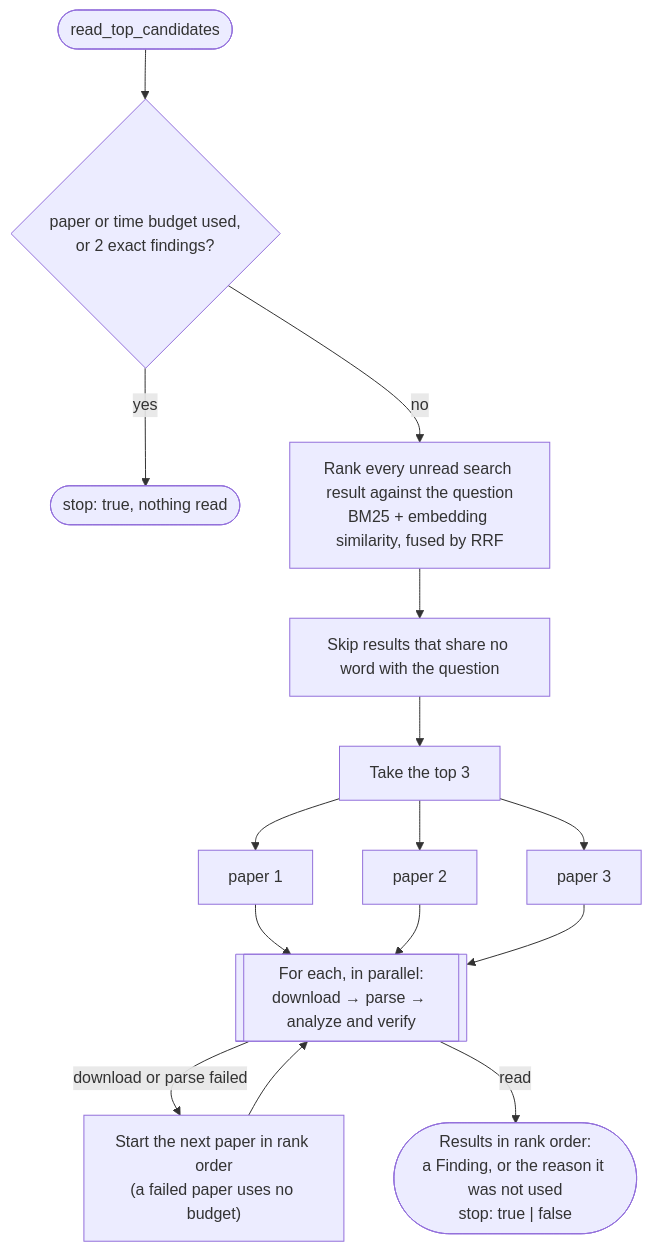
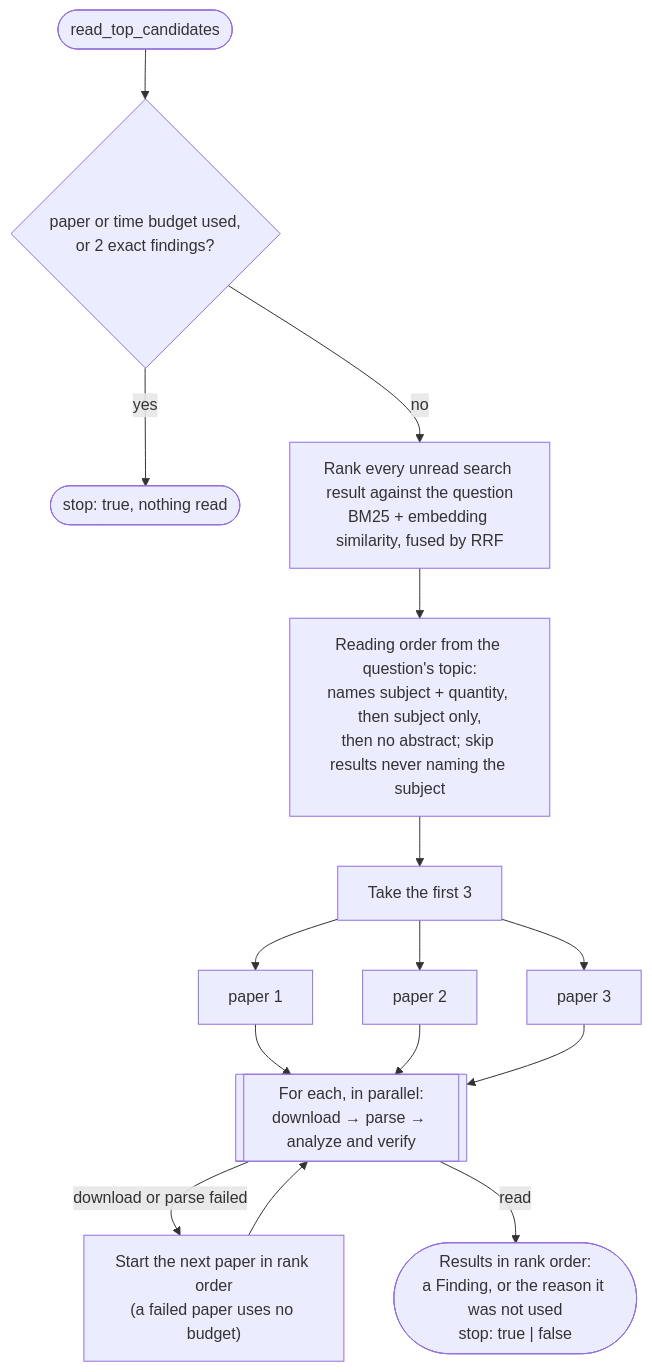
Before and after one commit to idaholab/prometheus_core: the second of 3 diagrams in platform/agents/optional/osti-research-agent/docs/architecture.md, drawn with Mermaid. The commit also changed other lines of this file and 22 other files, not shown here.

First line of the commit message:
Read only OSTI papers that name the question's subject, and retry model calls

````diff
--- a/platform/agents/optional/osti-research-agent/docs/architecture.md
+++ b/platform/agents/optional/osti-research-agent/docs/architecture.md
@@ -129,13 +129,13 @@
 ```mermaid
 flowchart TD
     CALL([read_top_candidates]) --> BUDGET{"paper or time budget used,<br/>or 2 exact findings?"}
     BUDGET -- yes --> STOPPED([stop: true, nothing read])
     BUDGET -- no --> RANK["Rank every unread search result against the question<br/>BM25 + embedding similarity, fused by RRF"]
-    RANK --> GUARD["Skip results that share no word with the question"]
-    GUARD --> TOP["Take the top 3"]
+    RANK --> GUARD["Reading order from the question's topic:<br/>names subject + quantity, then subject only,<br/>then no abstract; skip results never naming the subject"]
+    GUARD --> TOP["Take the first 3"]
     TOP --> P1["paper 1"] & P2["paper 2"] & P3["paper 3"]
     P1 & P2 & P3 --> EACH[["For each, in parallel:<br/>download → parse → analyze and verify"]]
     EACH -- "download or parse failed" --> NEXT["Start the next paper in rank order<br/>(a failed paper uses no budget)"]
     NEXT --> EACH
     EACH -- "read" --> RESULT(["Results in rank order:<br/>a Finding, or the reason it was not used<br/>stop: true | false"])
 ```
````
